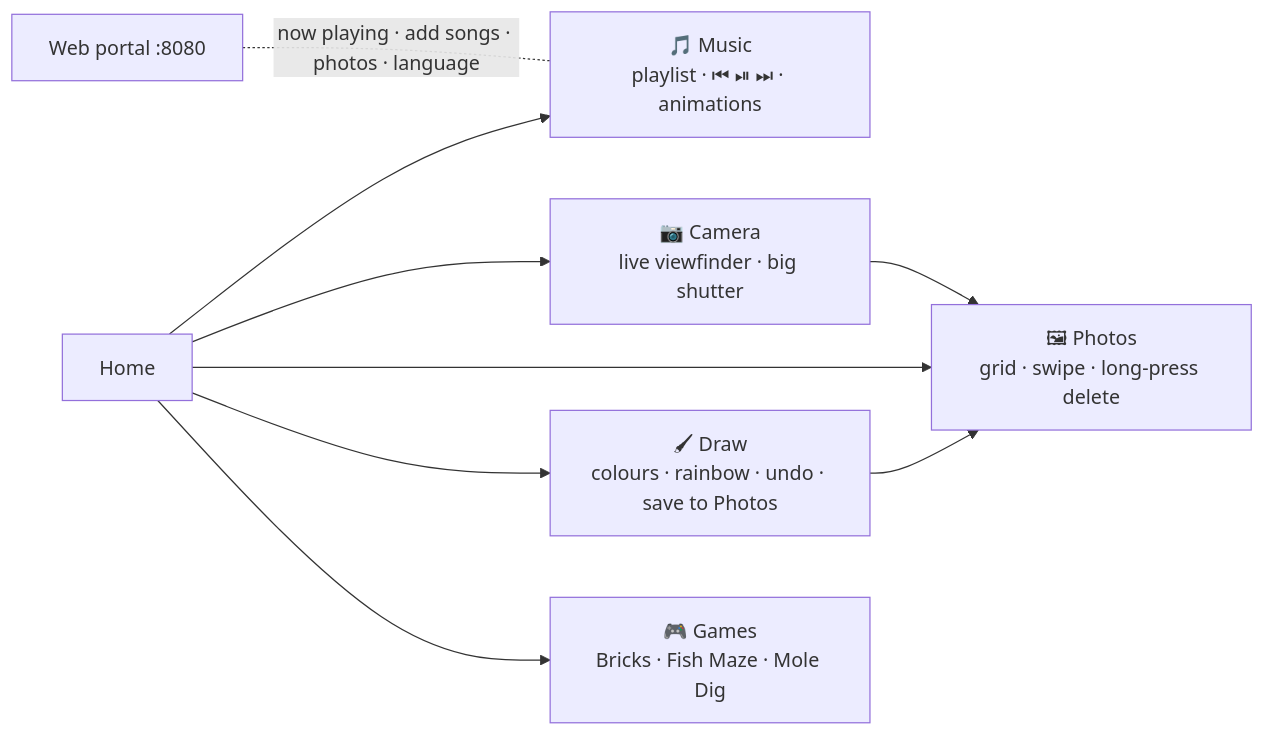
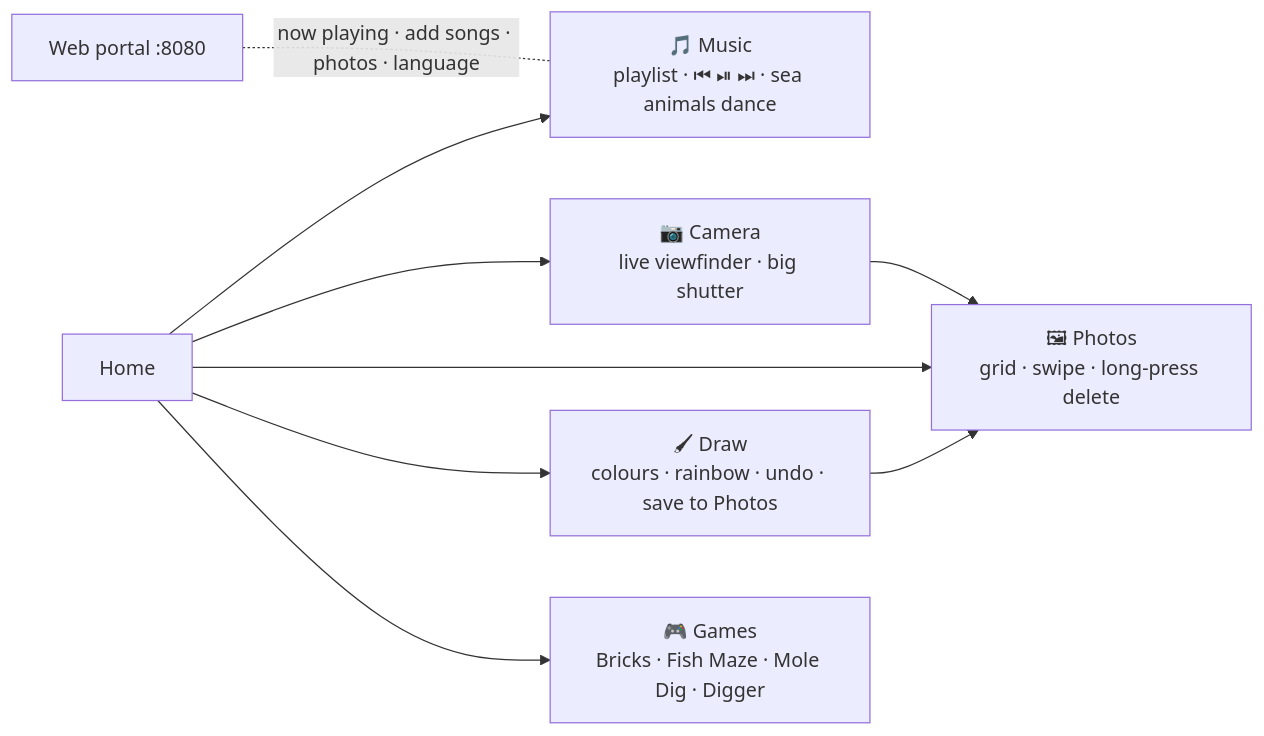
Before and after one commit to fgomecs/tiagos-music-box-v2: the diagram in README.md, drawn with Mermaid. The commit also changed other lines of this file, not shown here.

Commit message:
README: no-desktop mode, parent menu, games guide incl. Digger, sound, hardware stack

````diff
--- a/README.md
+++ b/README.md
@@ -31,11 +33,11 @@
 ```mermaid
 flowchart LR
-    HOME[Home] --> MUSIC[🎵 Music<br/>playlist · ⏮ ⏯ ⏭ · animations]
+    HOME[Home] --> MUSIC[🎵 Music<br/>playlist · ⏮ ⏯ ⏭ · sea animals dance]
     HOME --> CAM[📷 Camera<br/>live viewfinder · big shutter]
     HOME --> PH[🖼 Photos<br/>grid · swipe · long-press delete]
     CAM --> PH
     HOME --> DRAW[🖌 Draw<br/>colours · rainbow · undo · save to Photos]
-    HOME --> GAMES[🎮 Games<br/>Bricks · Fish Maze · Mole Dig]
+    HOME --> GAMES[🎮 Games<br/>Bricks · Fish Maze · Mole Dig · Digger]
     DRAW --> PH
     PORTAL[Web portal :8080] -. now playing · add songs · photos · language .- MUSIC
 ```
````
